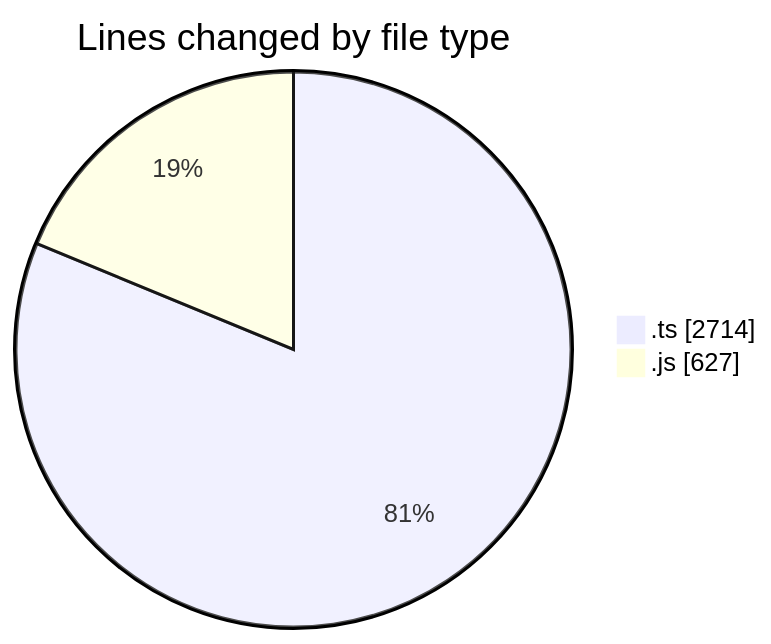
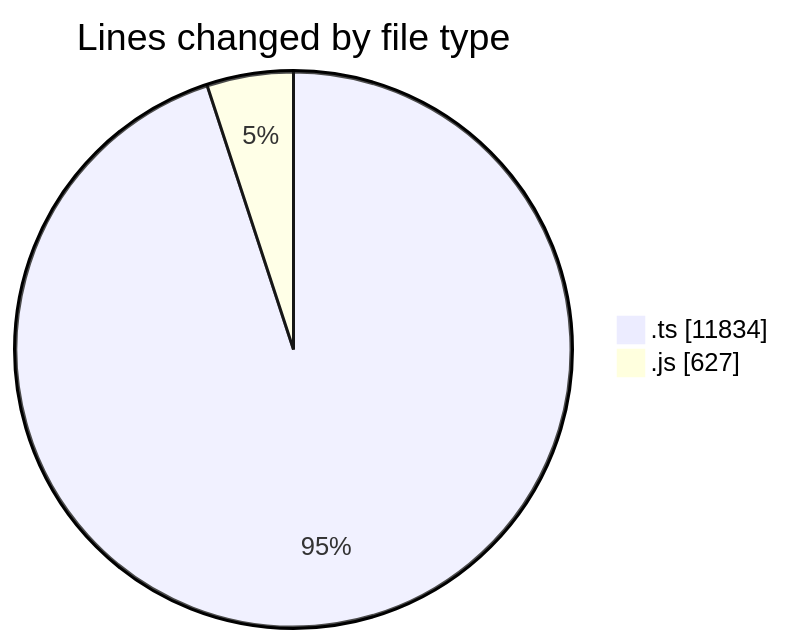
The first of 2 diagrams in 2025-09-05/cda/README.md (momahboobian/code-tracking), drawn with Mermaid before and after one commit. The commit also changed other lines of this file and 1 other file, not shown here.

````diff
--- a/2025-09-05/cda/README.md
+++ b/2025-09-05/cda/README.md
@@ -22,6 +23,6 @@
 ```mermaid
 pie showData
 title Lines changed by file type
-".ts" : 2714
+".ts" : 11834
 ".js" : 627
 ```
````
